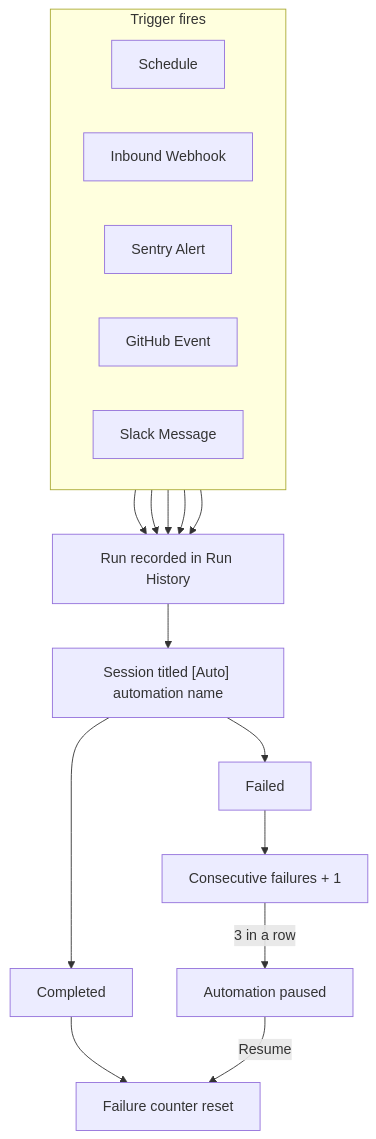
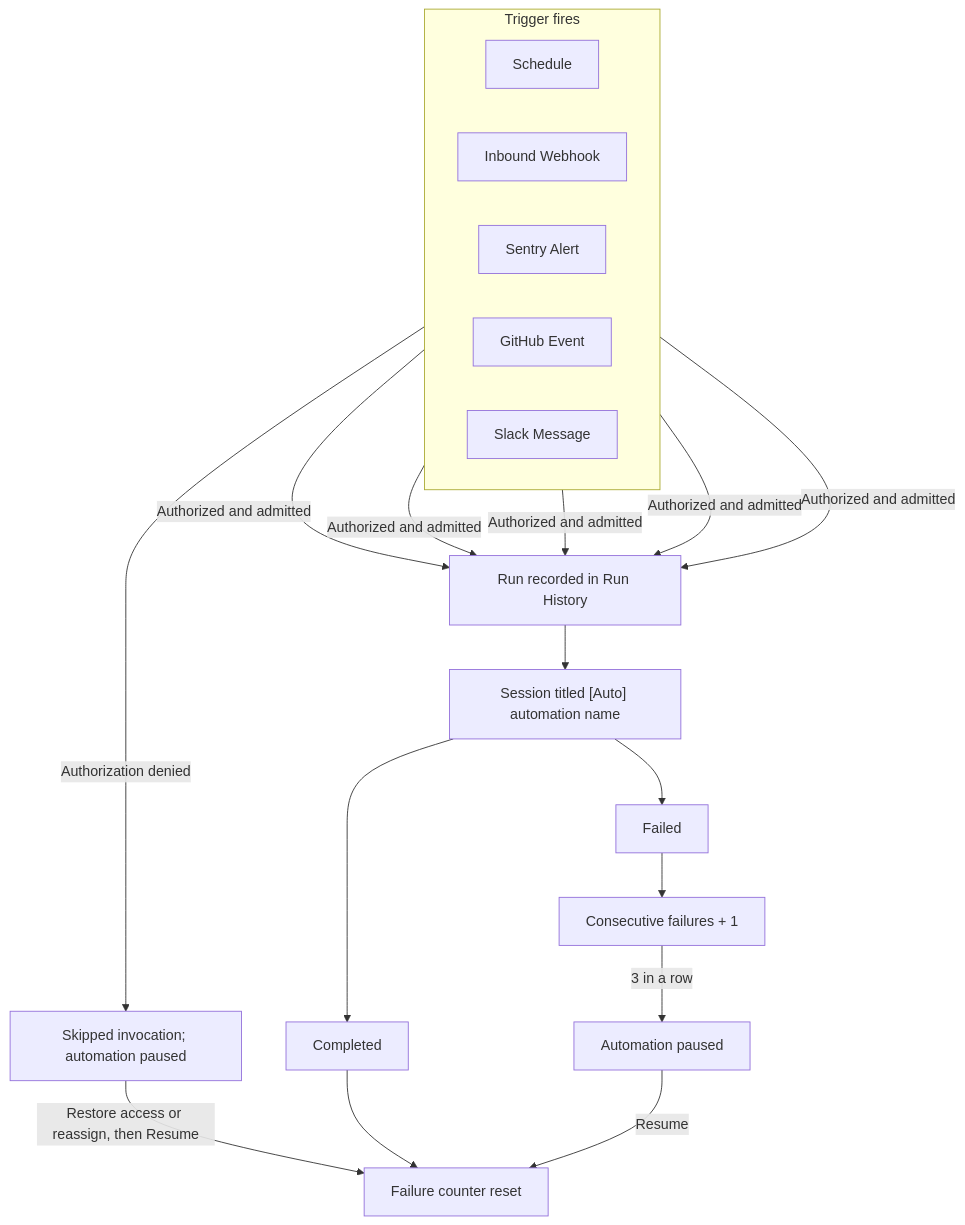
Before and after one commit to ColeMurray/background-agents: the diagram in packages/docs/content/docs/automations/index.mdx, drawn with Mermaid. The commit also changed other lines of this file and 12 other files, not shown here.

````diff
--- a/packages/docs/content/docs/automations/index.mdx
+++ b/packages/docs/content/docs/automations/index.mdx
@@ -34,20 +35,22 @@
 ```mermaid
 flowchart TB
     accTitle: How a trigger becomes a run and a session, and when an automation pauses
     subgraph triggers["Trigger fires"]
         direction LR
         schedule[Schedule]
         webhook[Inbound Webhook]
         sentry[Sentry Alert]
         github[GitHub Event]
         slack[Slack Message]
     end
-    schedule & webhook & sentry & github & slack --> run["Run recorded in Run History"]
+    schedule & webhook & sentry & github & slack -->|Authorized and admitted| run["Run recorded in Run History"]
+    schedule -->|Authorization denied| denied["Skipped invocation; automation paused"]
+    denied -->|Restore access or reassign, then Resume| reset
     run --> session["Session titled [Auto] automation name"]
     session --> completed[Completed]
     session --> failed[Failed]
     completed --> reset["Failure counter reset"]
     failed --> count["Consecutive failures + 1"]
     count -->|3 in a row| paused["Automation paused"]
     paused -->|Resume| reset
 ```
````
